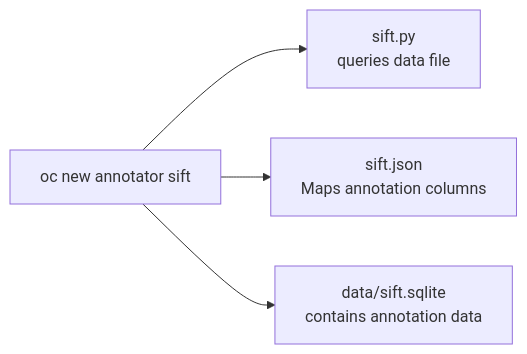
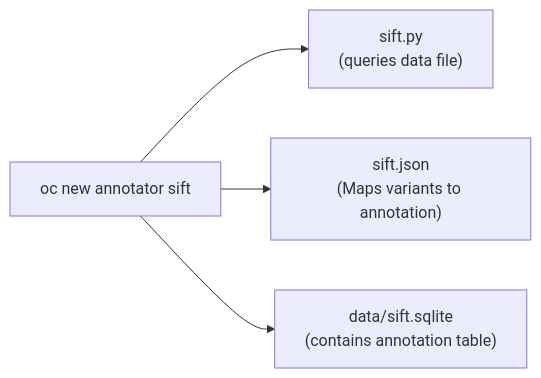
Before and after one commit to KarchinLab/oc_vignettes: the first of 2 diagrams in making_annototator_modules.qmd, drawn with Mermaid. The commit also changed other lines of this file, not shown here.

````diff
--- a/making_annototator_modules.qmd
+++ b/making_annototator_modules.qmd
@@ -6,7 +6,7 @@
 ```{mermaid}
 flowchart LR
   A[oc new annotator sift] --> B
-  B["sift.py\nqueries data file"]
-  A --> C["sift.json\nMaps annotation columns"]
-  A --> D["data/sift.sqlite\ncontains annotation data"]
+  B["sift.py\n(queries data file)"]
+  A --> C["sift.json\n(Maps variants to annotation)"]
+  A --> D["data/sift.sqlite\n(contains annotation table)"]
 ```
````
